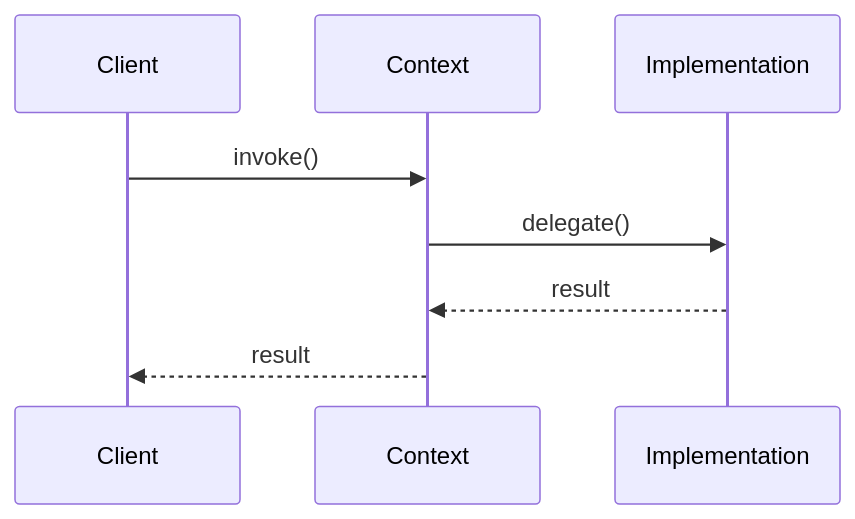
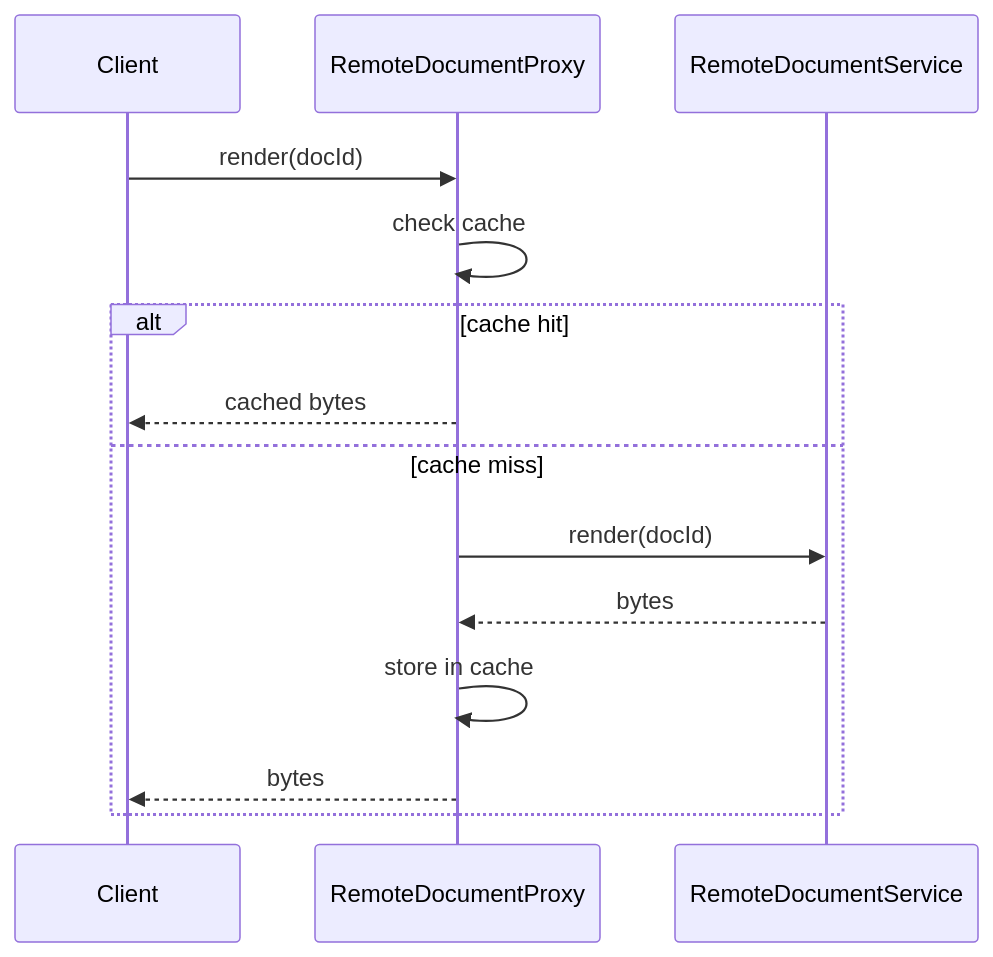
Before and after one commit to pradeep2Tech/pradeep2Tech.github.io: the second of 2 diagrams in content/design-patterns/proxy-pattern.md, drawn with Mermaid. The commit also changed other lines of this file and 40 other files, not shown here.

````diff
--- a/content/design-patterns/proxy-pattern.md
+++ b/content/design-patterns/proxy-pattern.md
@@ -43,10 +63,16 @@
 ```mermaid
 sequenceDiagram
     participant Client
-    participant Context
-    participant Implementation
-    Client->>Context: invoke()
-    Context->>Implementation: delegate()
-    Implementation-->>Context: result
-    Context-->>Client: result
+    participant Proxy as RemoteDocumentProxy
+    participant Real as RemoteDocumentService
+    Client->>Proxy: render(docId)
+    Proxy->>Proxy: check cache
+    alt cache hit
+        Proxy-->>Client: cached bytes
+    else cache miss
+        Proxy->>Real: render(docId)
+        Real-->>Proxy: bytes
+        Proxy->>Proxy: store in cache
+        Proxy-->>Client: bytes
+    end
 ```
````
